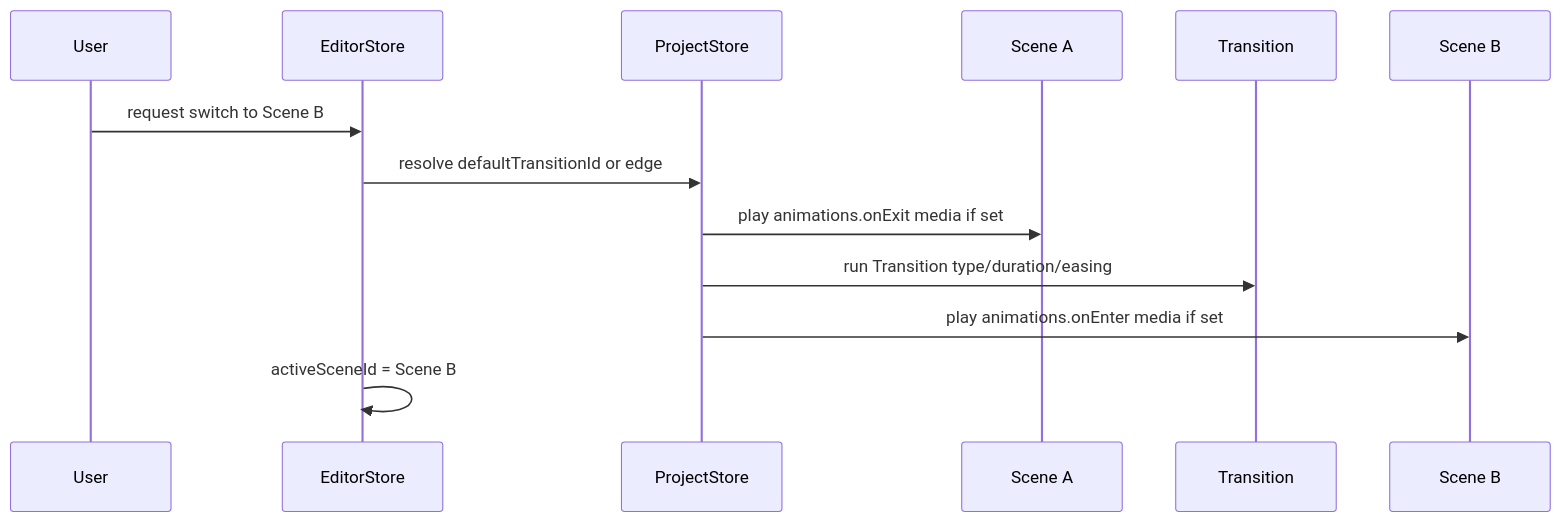
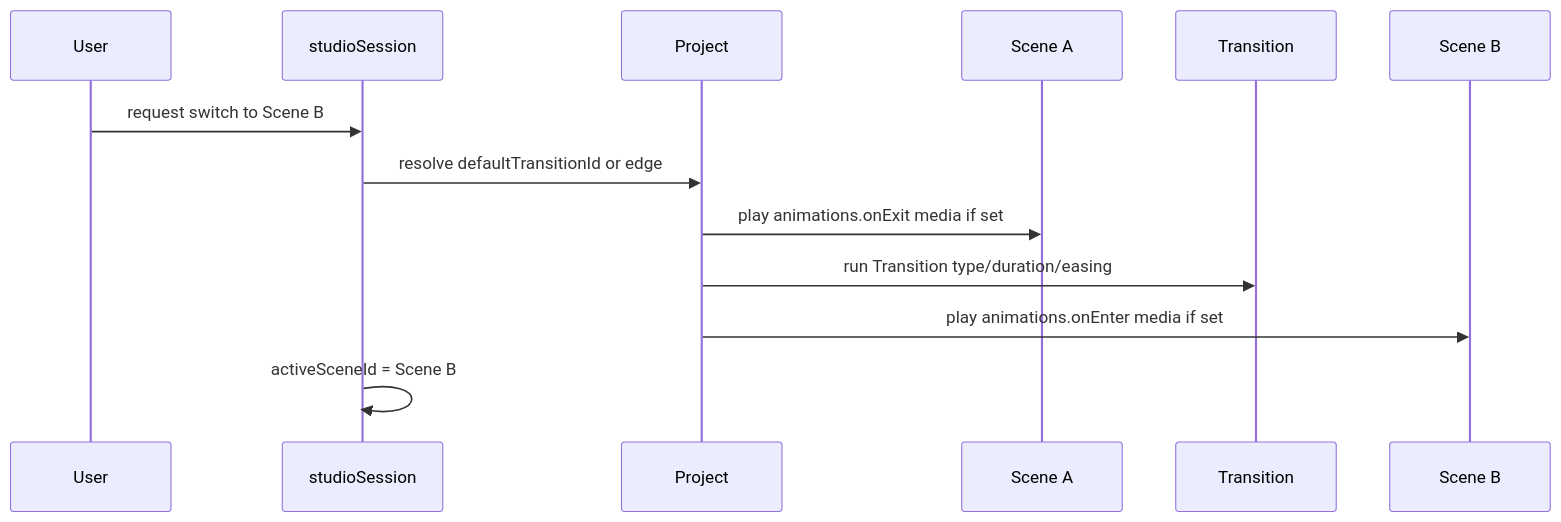
The fifth of 6 diagrams in .ai/docs/architecture/diagrams.md (Moonbase-Systems/moonbase-studio-web), drawn with Mermaid before and after one commit. The commit also changed other lines of this file and 6 other files, not shown here.

First line of the commit message:
docs(studio): align architecture notes with studioSession

````diff
--- a/.ai/docs/architecture/diagrams.md
+++ b/.ai/docs/architecture/diagrams.md
@@ -100,16 +95,16 @@
 ```mermaid
 sequenceDiagram
   participant User
-  participant Editor as EditorStore
-  participant Project as ProjectStore
+  participant Editor as studioSession
+  participant Project as Project
   participant SceneA as Scene A
   participant Trans as Transition
   participant SceneB as Scene B
 
   User->>Editor: request switch to Scene B
   Editor->>Project: resolve defaultTransitionId or edge
   Project->>SceneA: play animations.onExit media if set
   Project->>Trans: run Transition type/duration/easing
   Project->>SceneB: play animations.onEnter media if set
   Editor->>Editor: activeSceneId = Scene B
 ```
````
